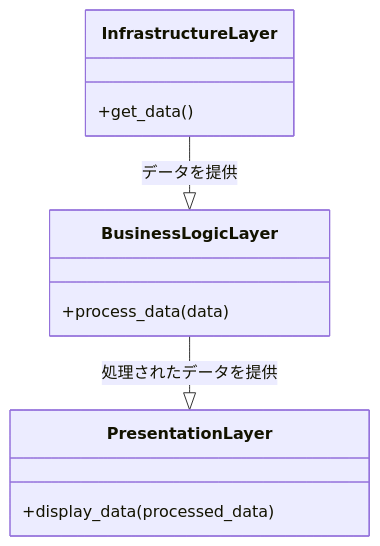
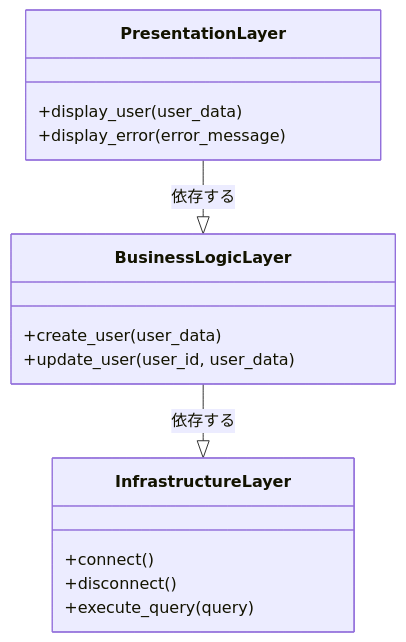
Before and after one commit to mossan-hoshi/zenn-articles-public: the diagram in books/b2326637fec195/2_layered_architecture.md, drawn with Mermaid. The commit also changed other lines of this file and 32 other files, not shown here.

````diff
--- a/books/b2326637fec195/2_layered_architecture.md
+++ b/books/b2326637fec195/2_layered_architecture.md
@@ -36,14 +75,18 @@
 ```mermaid
 classDiagram
-    InfrastructureLayer --|> BusinessLogicLayer : データを提供
-    BusinessLogicLayer --|> PresentationLayer : 処理されたデータを提供
     class InfrastructureLayer {
-        +get_data()
+        +connect()
+        +disconnect()
+        +execute_query(query)
     }
     class BusinessLogicLayer {
-        +process_data(data)
+        +create_user(user_data)
+        +update_user(user_id, user_data)
     }
     class PresentationLayer {
-        +display_data(processed_data)
+        +display_user(user_data)
+        +display_error(error_message)
     }
+    BusinessLogicLayer --|> InfrastructureLayer : 依存する
+    PresentationLayer --|> BusinessLogicLayer : 依存する
 ```
````
